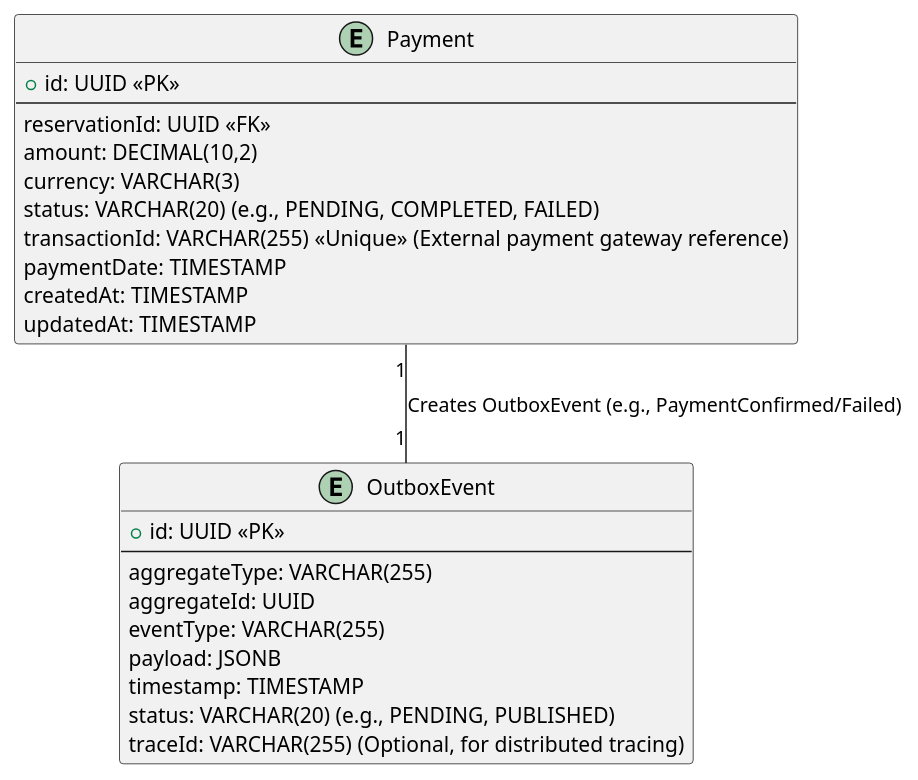
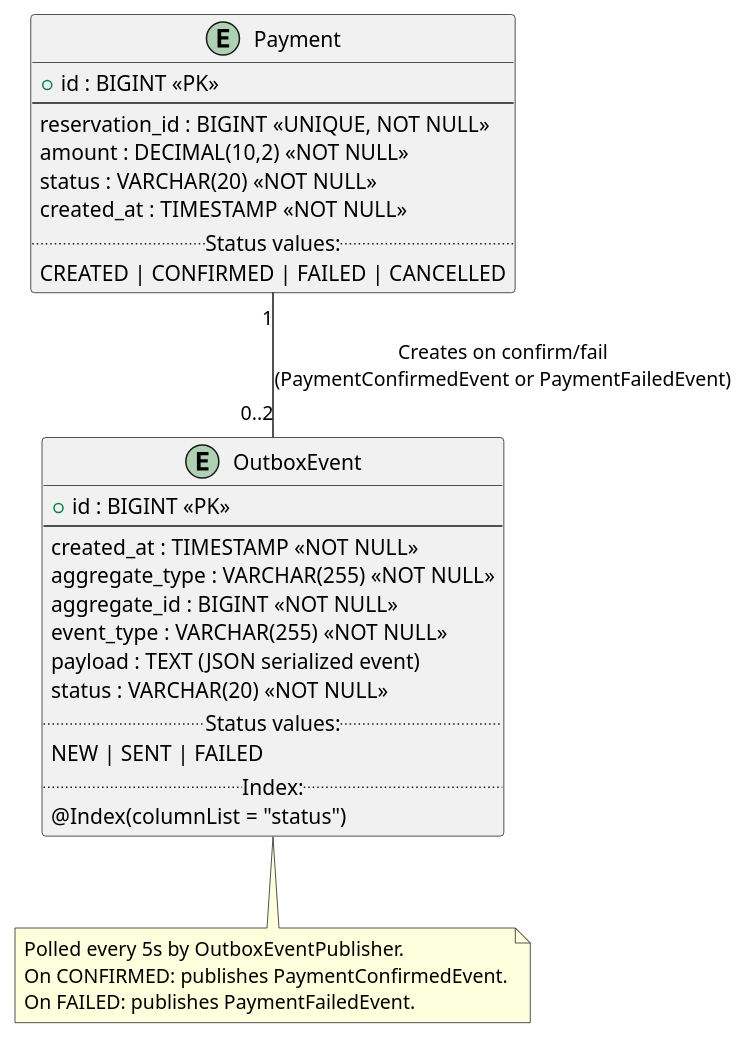
The diagram in docs/diagrams/erd-payment.puml (danylo-senchyshyn/reservation-micro), drawn with PlantUML before and after one commit. The commit also changed 19 other files, not shown here.

Commit message:
docs: update architecture diagrams and benchmark results

```diff
--- a/docs/diagrams/erd-payment.puml
+++ b/docs/diagrams/erd-payment.puml
@@ -1,28 +1,36 @@
-@startuml
+@startuml erd-payment
 entity "Payment" {
-    + id: UUID <<PK>>
+    + id : BIGINT <<PK>>
     --
-    reservationId: UUID <<FK>>
-    amount: DECIMAL(10,2)
-    currency: VARCHAR(3)
-    status: VARCHAR(20) (e.g., PENDING, COMPLETED, FAILED)
-    transactionId: VARCHAR(255) <<Unique>> (External payment gateway reference)
-    paymentDate: TIMESTAMP
-    createdAt: TIMESTAMP
-    updatedAt: TIMESTAMP
+    reservation_id : BIGINT <<UNIQUE, NOT NULL>>
+    amount : DECIMAL(10,2) <<NOT NULL>>
+    status : VARCHAR(20) <<NOT NULL>>
+    created_at : TIMESTAMP <<NOT NULL>>
+    .. Status values: ..
+    CREATED | CONFIRMED | FAILED | CANCELLED
 }
 
 entity "OutboxEvent" {
-    + id: UUID <<PK>>
+    + id : BIGINT <<PK>>
     --
-    aggregateType: VARCHAR(255)
-    aggregateId: UUID
-    eventType: VARCHAR(255)
-    payload: JSONB
-    timestamp: TIMESTAMP
-    status: VARCHAR(20) (e.g., PENDING, PUBLISHED)
-    traceId: VARCHAR(255) (Optional, for distributed tracing)
+    created_at : TIMESTAMP <<NOT NULL>>
+    aggregate_type : VARCHAR(255) <<NOT NULL>>
+    aggregate_id : BIGINT <<NOT NULL>>
+    event_type : VARCHAR(255) <<NOT NULL>>
+    payload : TEXT (JSON serialized event)
+    status : VARCHAR(20) <<NOT NULL>>
+    .. Status values: ..
+    NEW | SENT | FAILED
+    .. Index: ..
+    @Index(columnList = "status")
 }
 
-Payment "1" -- "1" OutboxEvent : Creates OutboxEvent (e.g., PaymentConfirmed/Failed)
+note bottom of OutboxEvent
+  Polled every 5s by OutboxEventPublisher.
+  On CONFIRMED: publishes PaymentConfirmedEvent.
+  On FAILED: publishes PaymentFailedEvent.
+end note
+
+Payment "1" -- "0..2" OutboxEvent : Creates on confirm/fail\n(PaymentConfirmedEvent or PaymentFailedEvent)
+
 @enduml
```
